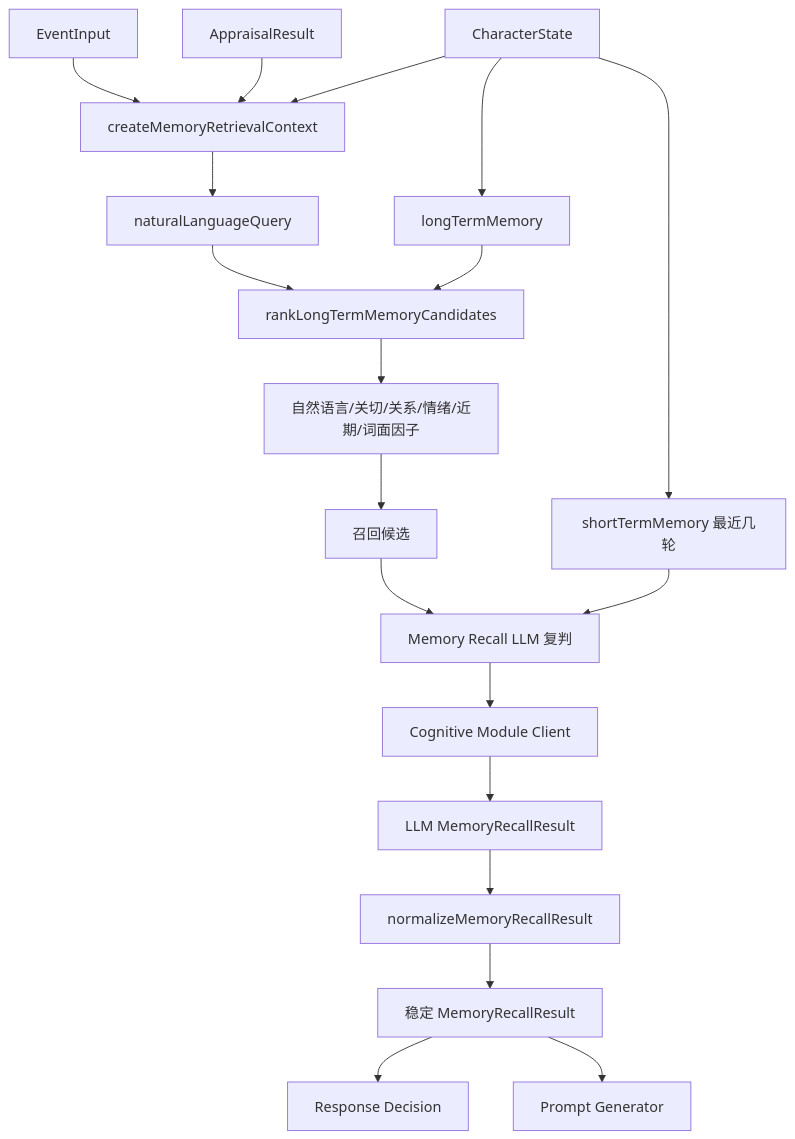
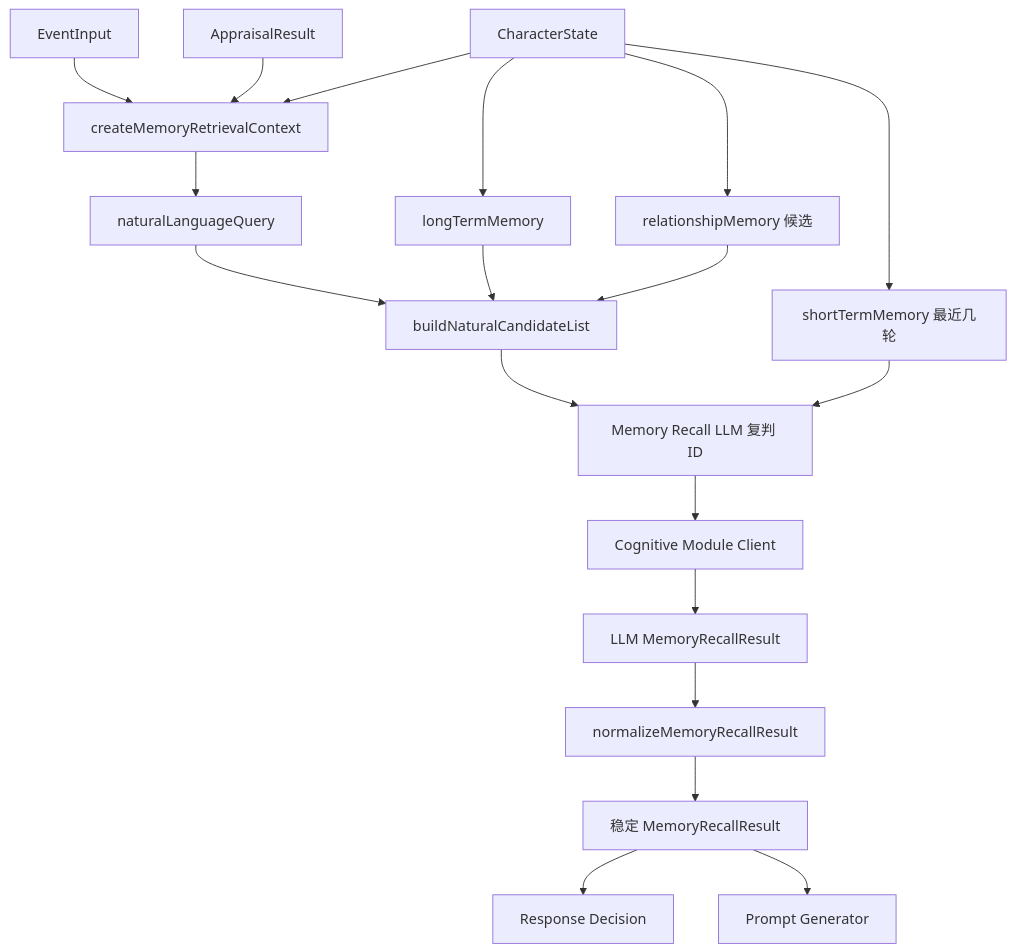
Diagram 17 of 31 in docs/SYSTEM_FLOW.md (ttmanthatman/virtual-human-flow), drawn with Mermaid before and after one commit. The commit also changed other lines of this file and 6 other files, not shown here.

Commit message:
feat: use natural memory candidates

````diff
--- a/docs/SYSTEM_FLOW.md
+++ b/docs/SYSTEM_FLOW.md
@@ -434,21 +434,21 @@
 ```mermaid
 flowchart TD
     E["EventInput"] --> CTX["createMemoryRetrievalContext"]
     A["AppraisalResult"] --> CTX
     S["CharacterState"] --> CTX
     CTX --> QUERY["naturalLanguageQuery"]
     S --> LTM["longTermMemory"]
-    QUERY --> RANK["rankLongTermMemoryCandidates"]
-    LTM --> RANK
-    RANK --> FACTORS["自然语言/关切/关系/情绪/近期/词面因子"]
-    FACTORS --> CAND["召回候选"]
-    CAND --> PROMPT["Memory Recall LLM 复判"]
+    QUERY --> LIST["buildNaturalCandidateList"]
+    LTM --> LIST
+    S --> REL["relationshipMemory 候选"]
+    REL --> LIST
+    LIST --> PROMPT["Memory Recall LLM 复判 ID"]
     S --> STM["shortTermMemory 最近几轮"]
     STM --> PROMPT
     PROMPT --> CLIENT["Cognitive Module Client"]
     CLIENT --> RAW["LLM MemoryRecallResult"]
     RAW --> NORM["normalizeMemoryRecallResult"]
     NORM --> OUT["稳定 MemoryRecallResult"]
     OUT --> DECISION["Response Decision"]
     OUT --> PROMPTGEN["Prompt Generator"]
 ```
````
